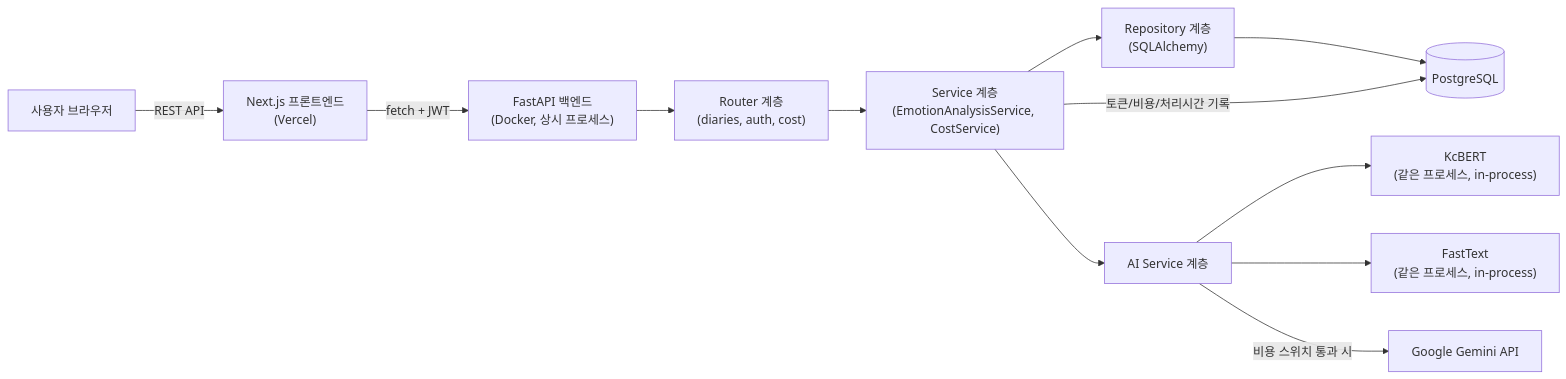
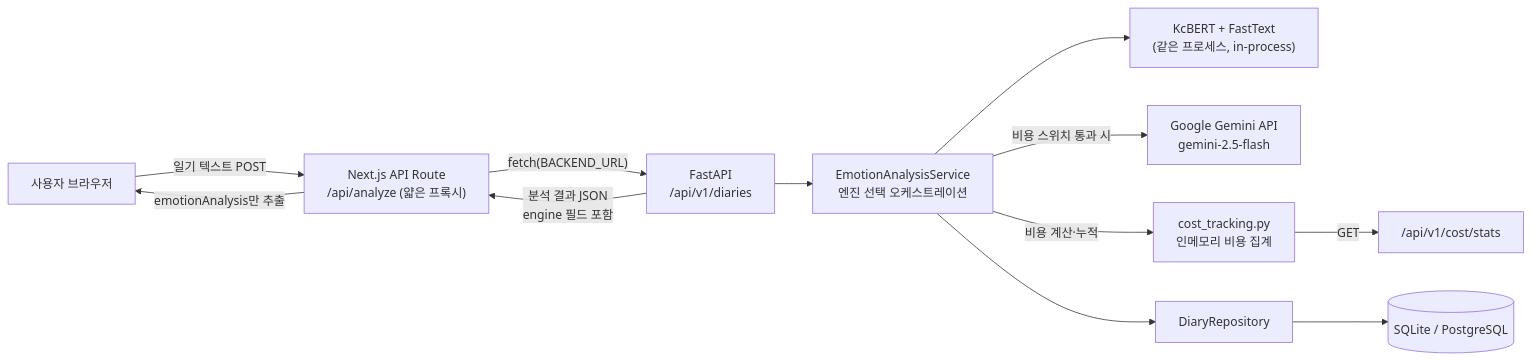
One commit to jeongbin01/Emotion_Diary changed the second of 3 diagrams in docs/PORTFOLIO_REDESIGN.md. Above: the diagram before and after it, drawn with Mermaid. The commit also changed other lines of this file, not shown here.

````diff
--- a/docs/PORTFOLIO_REDESIGN.md
+++ b/docs/PORTFOLIO_REDESIGN.md
@@ -81,14 +200,14 @@
 ```mermaid
 flowchart LR
-    U["사용자 브라우저"] -->|"REST API"| FE["Next.js 프론트엔드<br/>(Vercel)"]
-    FE -->|"fetch + JWT"| API["FastAPI 백엔드<br/>(Docker, 상시 프로세스)"]
-    API --> ROUTER["Router 계층<br/>(diaries, auth, cost)"]
-    ROUTER --> SVC["Service 계층<br/>(EmotionAnalysisService, CostService)"]
-    SVC --> REPO["Repository 계층<br/>(SQLAlchemy)"]
-    REPO --> DB[("PostgreSQL")]
-    SVC --> AI["AI Service 계층"]
-    AI --> KCBERT["KcBERT<br/>(같은 프로세스, in-process)"]
-    AI --> FT["FastText<br/>(같은 프로세스, in-process)"]
-    AI -->|"비용 스위치 통과 시"| GEMINI["Google Gemini API"]
-    SVC -->|"토큰/비용/처리시간 기록"| DB
+    U["사용자 브라우저"] -->|"일기 텍스트 POST"| PROXY["Next.js API Route<br/>/api/analyze (얇은 프록시)"]
+    PROXY -->|"fetch(BACKEND_URL)"| API["FastAPI<br/>/api/v1/diaries"]
+    API --> SVC["EmotionAnalysisService<br/>엔진 선택 오케스트레이션"]
+    SVC --> AI["KcBERT + FastText<br/>(같은 프로세스, in-process)"]
+    SVC -->|"비용 스위치 통과 시"| GEMINI["Google Gemini API<br/>gemini-2.5-flash"]
+    SVC -->|"비용 계산·누적"| COST["cost_tracking.py<br/>인메모리 비용 집계"]
+    COST -->|"GET"| STATS["/api/v1/cost/stats"]
+    SVC --> REPO["DiaryRepository"]
+    REPO --> DB[("SQLite / PostgreSQL")]
+    API -->|"분석 결과 JSON<br/>engine 필드 포함"| PROXY
+    PROXY -->|"emotionAnalysis만 추출"| U
 ```
````
